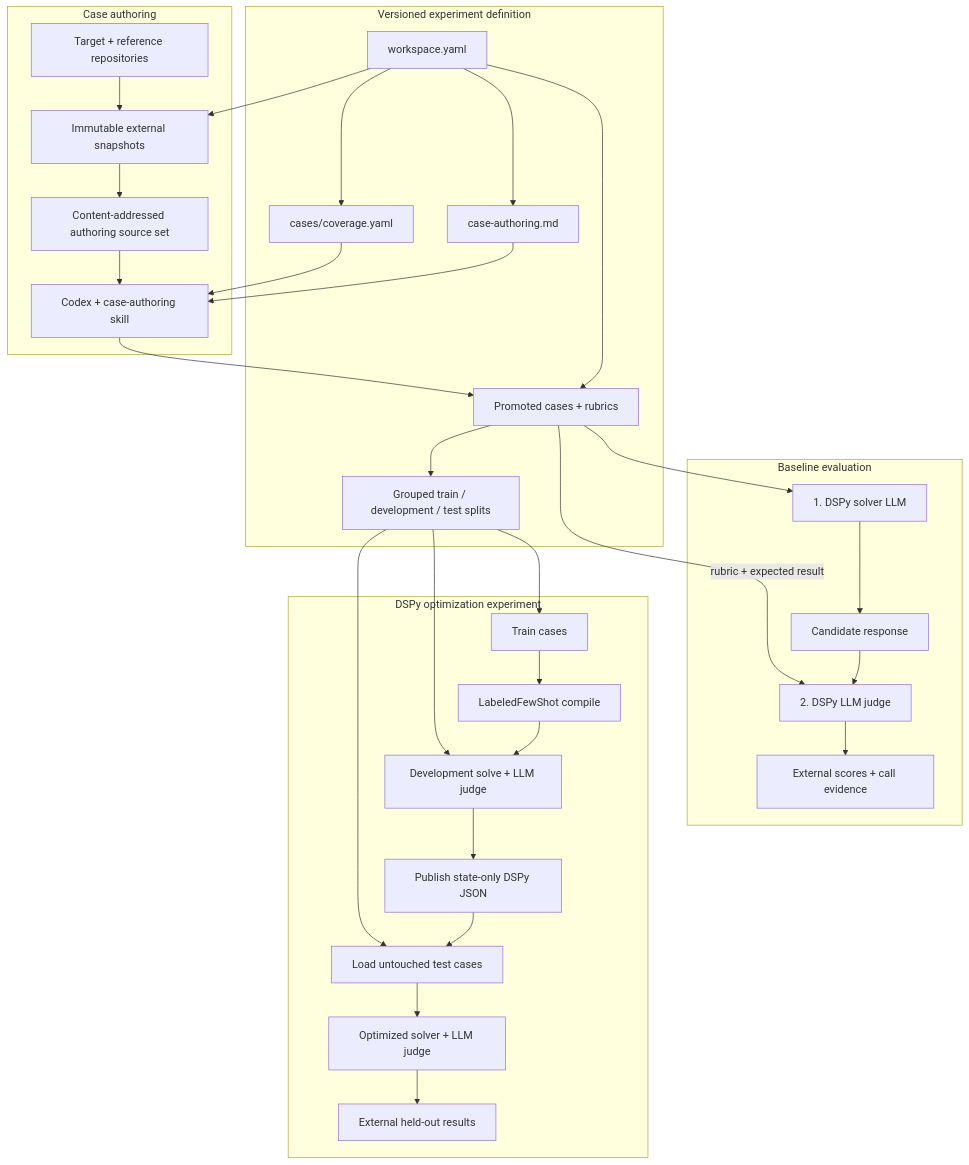
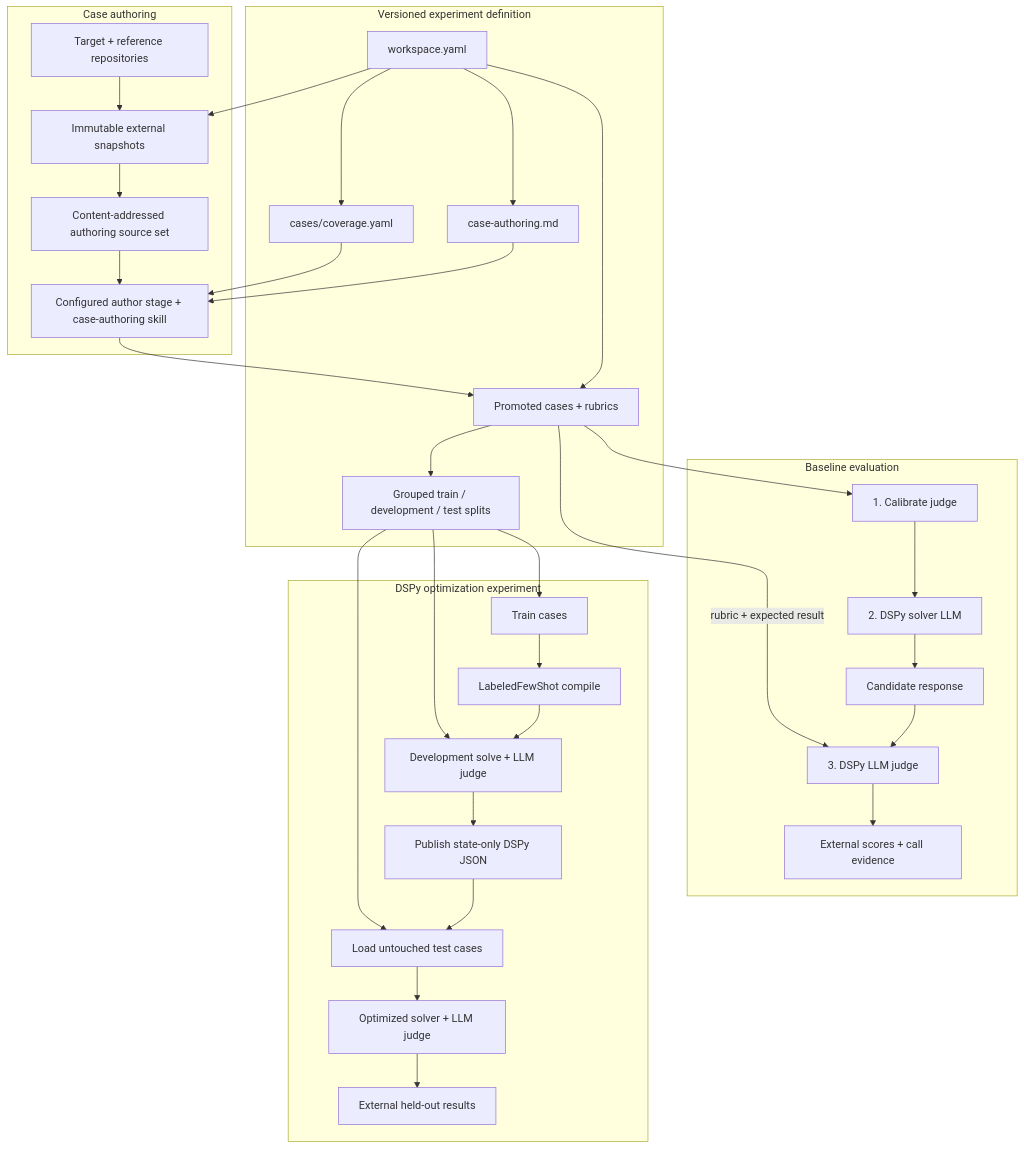
Before and after one commit to mainsequence-sdk/repo-agent-eval: the diagram in README.md, drawn with Mermaid. The commit also changed other lines of this file and 142 other files, not shown here.

````diff
--- a/README.md
+++ b/README.md
@@ -35,44 +38,45 @@
 ```mermaid
 flowchart TB
     subgraph Definition["Versioned experiment definition"]
         Workspace["workspace.yaml"]
         AuthoringPolicy["case-authoring.md"]
         CapabilityCatalog["cases/coverage.yaml"]
         Cases["Promoted cases + rubrics"]
         Splits["Grouped train / development / test splits"]
         Workspace --> AuthoringPolicy
         Workspace --> CapabilityCatalog
         Workspace --> Cases
         Cases --> Splits
     end
 
     subgraph Authoring["Case authoring"]
         Repo["Target + reference repositories"] --> Snapshot["Immutable external snapshots"]
         Workspace --> Snapshot
         Snapshot --> SourceSet["Content-addressed authoring source set"]
-        SourceSet --> Author["Codex + case-authoring skill"]
+        SourceSet --> Author["Configured author stage + case-authoring skill"]
         AuthoringPolicy --> Author
         CapabilityCatalog --> Author
         Author --> Cases
     end
 
     subgraph Baseline["Baseline evaluation"]
-        Cases --> Solver["1. DSPy solver LLM"]
+        Cases --> Calibration["1. Calibrate judge"]
+        Calibration --> Solver["2. DSPy solver LLM"]
         Solver --> Candidate["Candidate response"]
-        Candidate --> Judge["2. DSPy LLM judge"]
+        Candidate --> Judge["3. DSPy LLM judge"]
         Cases -->|"rubric + expected result"| Judge
         Judge --> BaselineResults["External scores + call evidence"]
     end
 
     subgraph Optimization["DSPy optimization experiment"]
         Splits --> Train["Train cases"]
         Train --> Compile["LabeledFewShot compile"]
         Compile --> Development["Development solve + LLM judge"]
         Splits --> Development
         Development --> Published["Publish state-only DSPy JSON"]
         Published --> Test["Load untouched test cases"]
         Splits --> Test
         Test --> Final["Optimized solver + LLM judge"]
         Final --> OptimizedResults["External held-out results"]
     end
 ```
````
